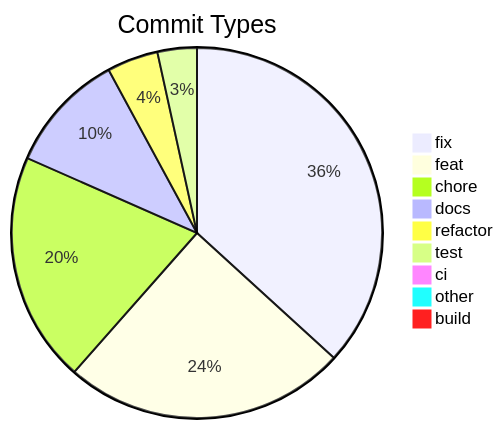
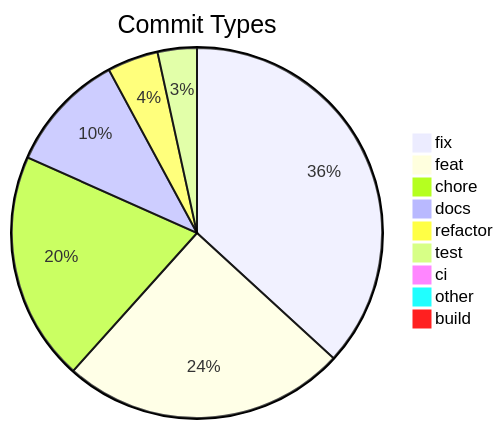
The diagram in .shipwright/compliance/change-history.md (svenroth-ai/shipwright-webui), drawn with Mermaid before and after one commit. The commit also changed other lines of this file and 15 other files, not shown here.

````diff
--- a/.shipwright/compliance/change-history.md
+++ b/.shipwright/compliance/change-history.md
@@ -8,12 +8,12 @@
 ```mermaid
 pie title Commit Types
-    "fix" : 214
-    "feat" : 144
+    "fix" : 215
+    "feat" : 145
     "chore" : 117
     "docs" : 61
     "refactor" : 26
     "test" : 20
     "ci" : 5
     "other" : 4
     "build" : 1
 ```
````
